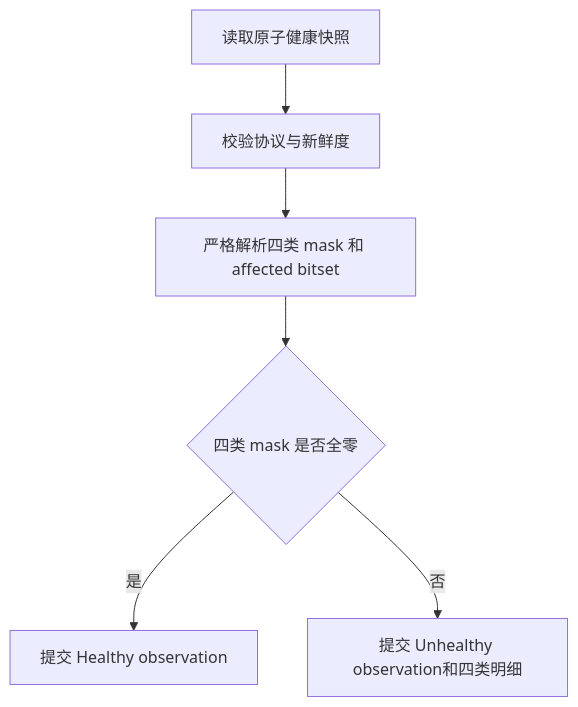
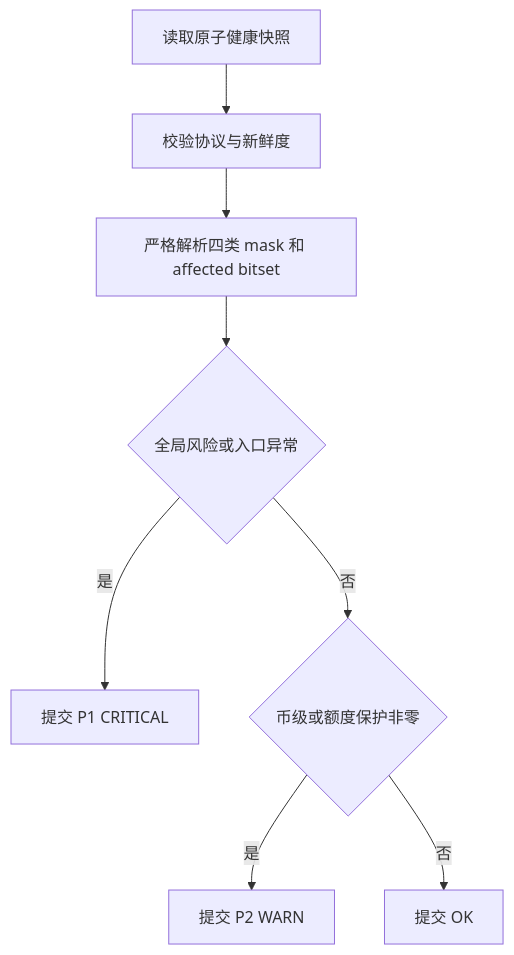
The diagram in docs/live-mm-risk-monitoring.md (sqfzy/alertd), drawn with Mermaid before and after one commit. The commit also changed other lines of this file and 7 other files, not shown here.

````diff
--- a/docs/live-mm-risk-monitoring.md
+++ b/docs/live-mm-risk-monitoring.md
@@ -26,8 +28,10 @@
 ```mermaid
 flowchart TD
     S1[读取原子健康快照] --> S2[校验协议与新鲜度]
     S2 --> S3[严格解析四类 mask 和 affected bitset]
-    S3 --> S4{四类 mask 是否全零}
-    S4 -- 是 --> S5[提交 Healthy observation]
-    S4 -- 否 --> S6[提交 Unhealthy observation和四类明细]
+    S3 --> S4{全局风险或入口异常}
+    S4 -- 是 --> S5[提交 P1 CRITICAL]
+    S4 -- 否 --> S6{币级或额度保护非零}
+    S6 -- 是 --> S7[提交 P2 WARN]
+    S6 -- 否 --> S8[提交 OK]
 ```
````
